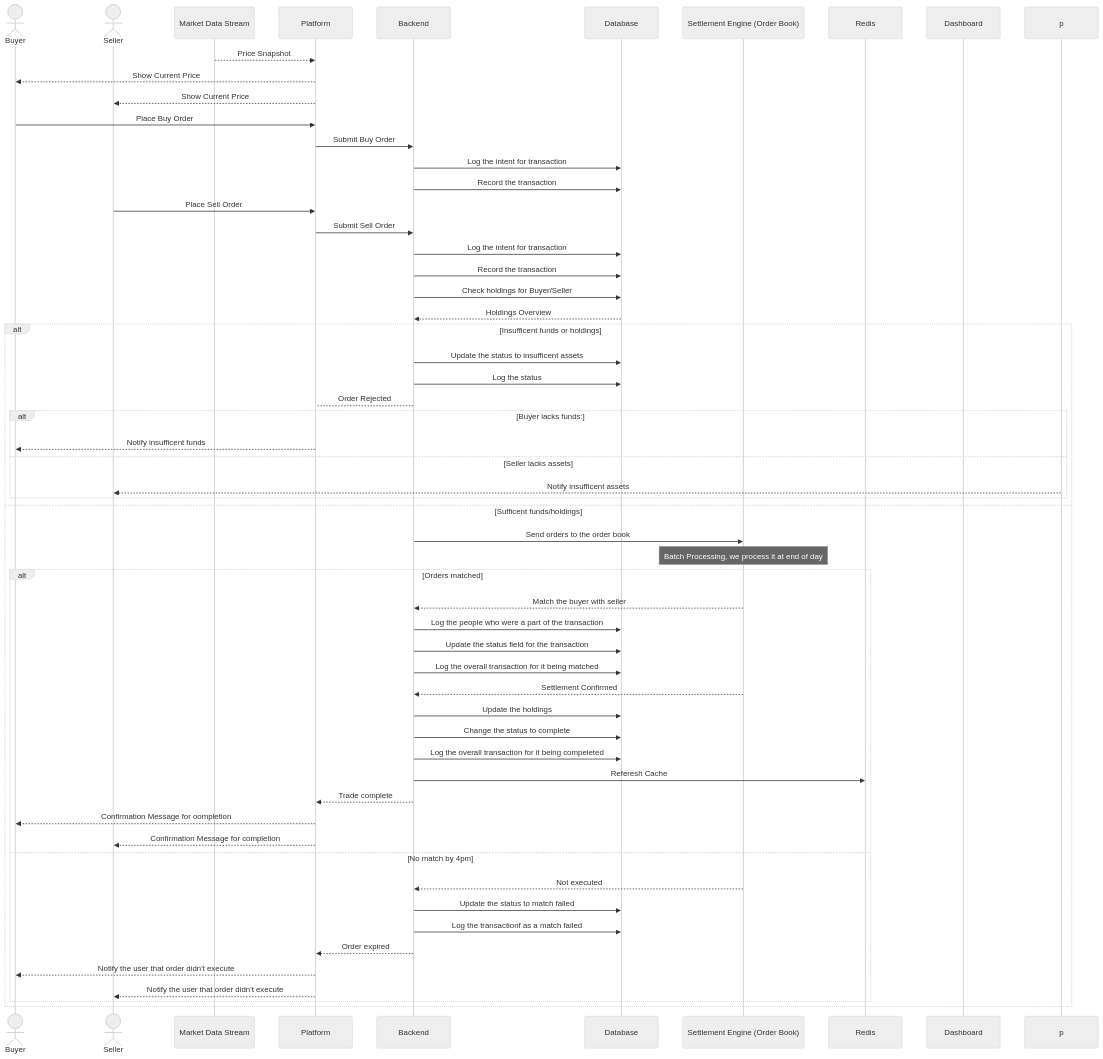
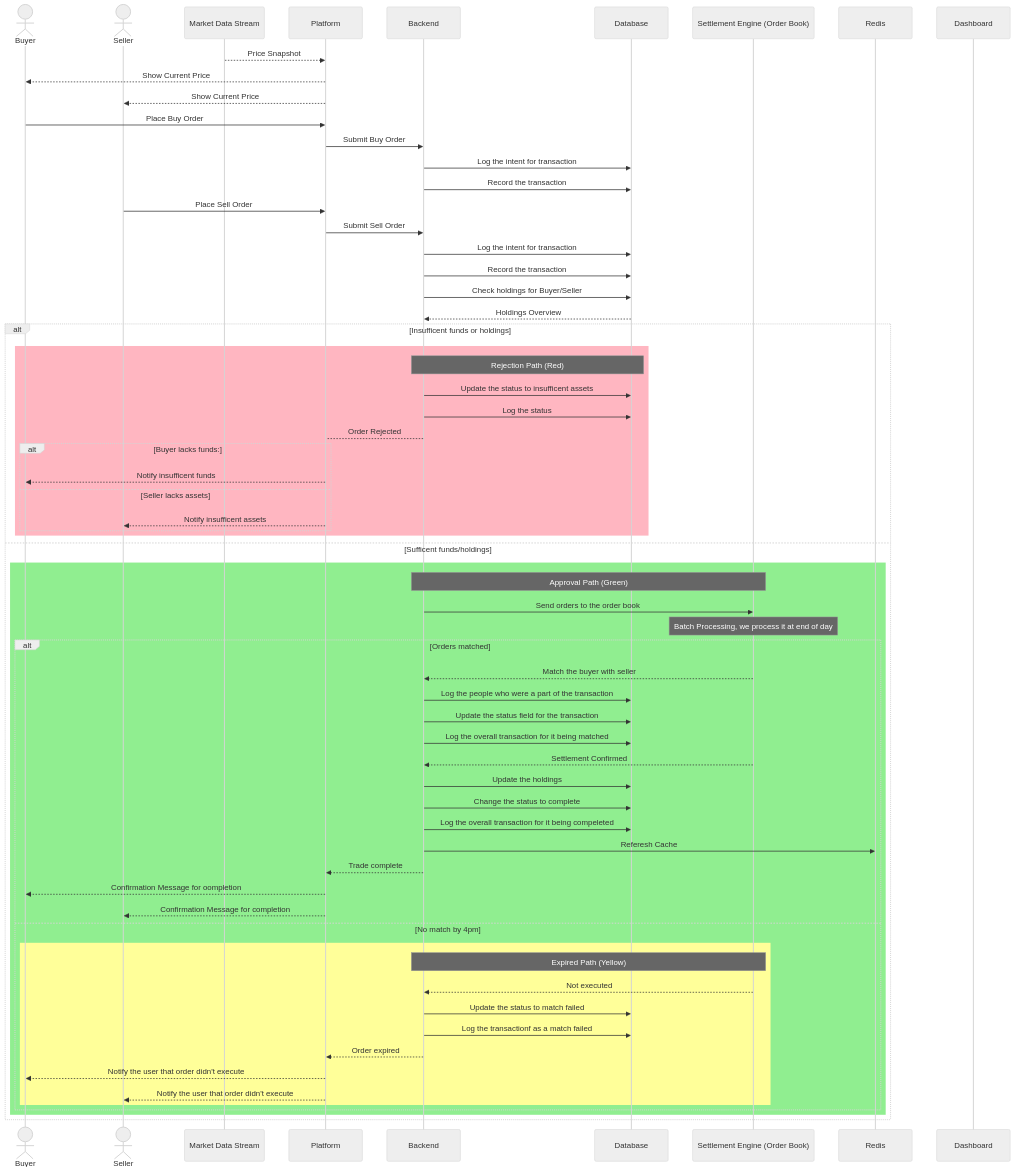
Before and after one commit to srameshbabu123/JARBiS: the diagram in docs/sequenceDiagram.mmd, drawn with Mermaid (neutral theme).

Commit message:
added color code in the sequence diagram for readability

```diff
--- a/docs/sequenceDiagram.mmd
+++ b/docs/sequenceDiagram.mmd
@@ -1,65 +1,76 @@
+
 sequenceDiagram
 	actor Buyer
 	actor Seller
-	Participant MD as Market Data Stream 
-	Participant P as Platform
-	Participant BE as Backend
-	Participant DB as Database
-	Participant SE as Settlement Engine (Order Book)
-	Participant R as Redis
-	Participant D as Dashboard
+	participant MD as Market Data Stream 
+	participant P as Platform
+	participant BE as Backend
+	participant DB as Database
+	participant SE as Settlement Engine (Order Book)
+	participant R as Redis
+	participant D as Dashboard
 	
 	MD -->> P: Price Snapshot
 	P -->> Buyer: Show Current Price
 	P -->> Seller: Show Current Price
 
 	Buyer ->> P: Place Buy Order
 	P ->> BE: Submit Buy Order
 	BE ->> DB: Log the intent for transaction
 	BE ->> DB: Record the transaction
 
 	Seller ->> P: Place Sell Order
 	P ->> BE: Submit Sell Order
 	BE ->> DB: Log the intent for transaction
 	BE ->> DB: Record the transaction
 	
 	BE ->> DB: Check holdings for Buyer/Seller
 	DB -->> BE: Holdings Overview
+	
 
 	alt Insufficent funds or holdings
+		rect rgb(255, 182, 193)
+		Note over BE,DB: Rejection Path (Red)
 		BE ->> DB: Update the status to insufficent assets
 		BE ->> DB: Log the status
 		BE --> P: Order Rejected
 		
 		alt Buyer lacks funds:
 			P -->> Buyer: Notify insufficent funds
 		else Seller lacks assets
-			p -->> Seller: Notify insufficent assets
+			P -->> Seller: Notify insufficent assets
+		end
 		end
 		
 	else Sufficent funds/holdings
+		rect rgb(144, 238, 144)
+		Note over BE,SE: Approval Path (Green)
 		BE ->> SE: Send orders to the order book
 		Note over SE: Batch Processing, we process it at end of day
 		
 		alt Orders matched
 			SE -->> BE: Match the buyer with seller
 			BE ->> DB: Log the people who were a part of the transaction
 			BE ->> DB: Update the status field for the transaction
 			BE ->> DB: Log the overall transaction for it being matched
 			SE -->> BE: Settlement Confirmed
 			BE ->> DB: Update the holdings
 			BE ->> DB: Change the status to complete
 			BE ->> DB: Log the overall transaction for it being compeleted
 			BE ->> R: Referesh Cache
 			BE -->> P: Trade complete
 			P -->> Buyer: Confirmation Message for oompletion
 			P -->> Seller: Confirmation Message for completion
 		else No match by 4pm
+			rect rgb(255, 255, 153)
+			Note over SE,BE: Expired Path (Yellow)
 			SE -->> BE: Not executed
 			BE ->> DB: Update the status to match failed
  			BE ->> DB: Log the transactionf as a match failed
 			BE -->> P: Order expired
 			P -->> Buyer: Notify the user that order didn't execute
 			P -->> Seller: Notify the user that order didn't execute
+			end
+		end
 		end
 	end
```
